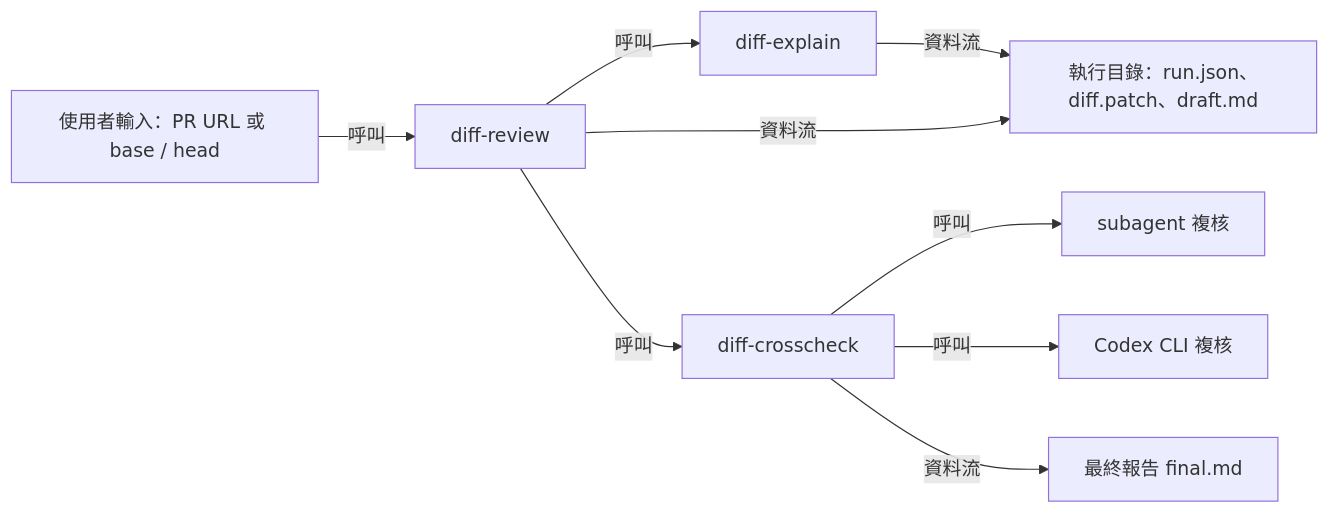
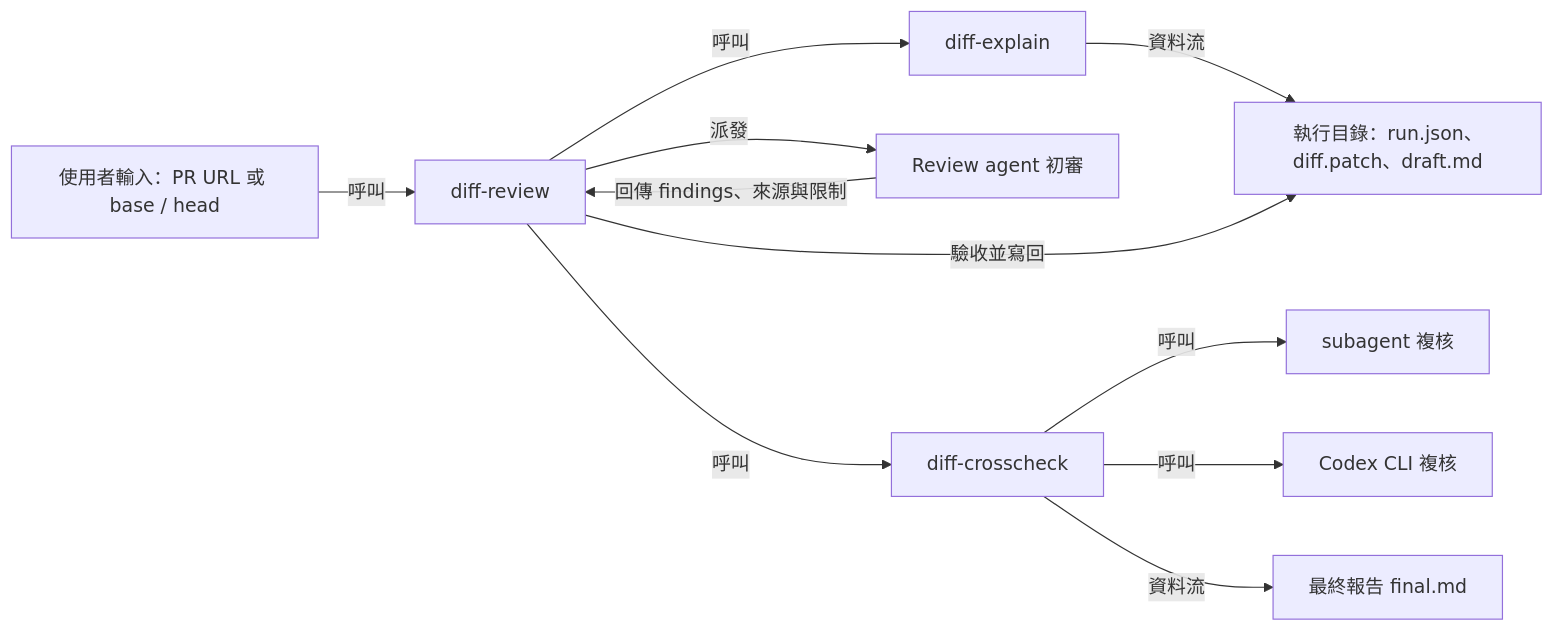
The diagram in README.md (ba1679/diff-review-skills), drawn with Mermaid before and after one commit. The commit also changed other lines of this file and 8 other files, not shown here.

Commit message:
Extract read-only review agent and scope review context

````diff
--- a/README.md
+++ b/README.md
@@ -15,11 +15,13 @@
 ```mermaid
 flowchart LR
   user["使用者輸入：PR URL 或 base / head"] -->|呼叫| review["diff-review"]
   review -->|呼叫| explain["diff-explain"]
   explain -->|資料流| run["執行目錄：run.json、diff.patch、draft.md"]
-  review -->|資料流| run
+  review -->|派發| initial["Review agent 初審"]
+  initial -->|回傳 findings、來源與限制| review
+  review -->|驗收並寫回| run
   review -->|呼叫| cross["diff-crosscheck"]
   cross -->|呼叫| sub["subagent 複核"]
   cross -->|呼叫| codex["Codex CLI 複核"]
   cross -->|資料流| final["最終報告 final.md"]
 ```
````
